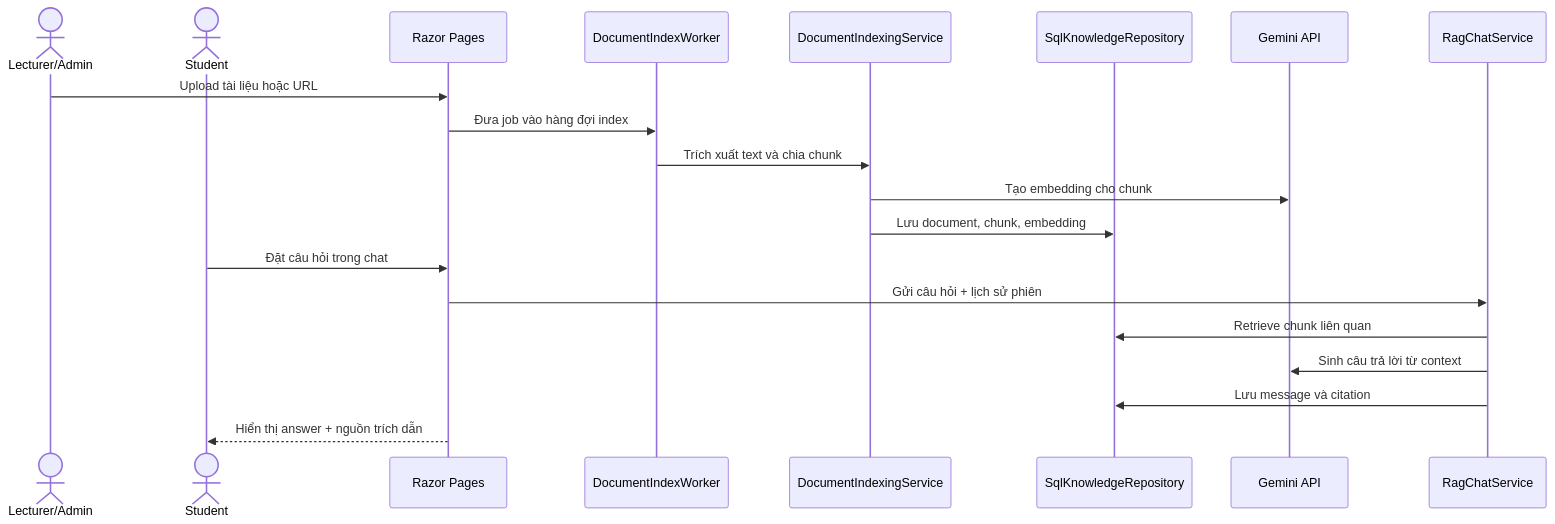
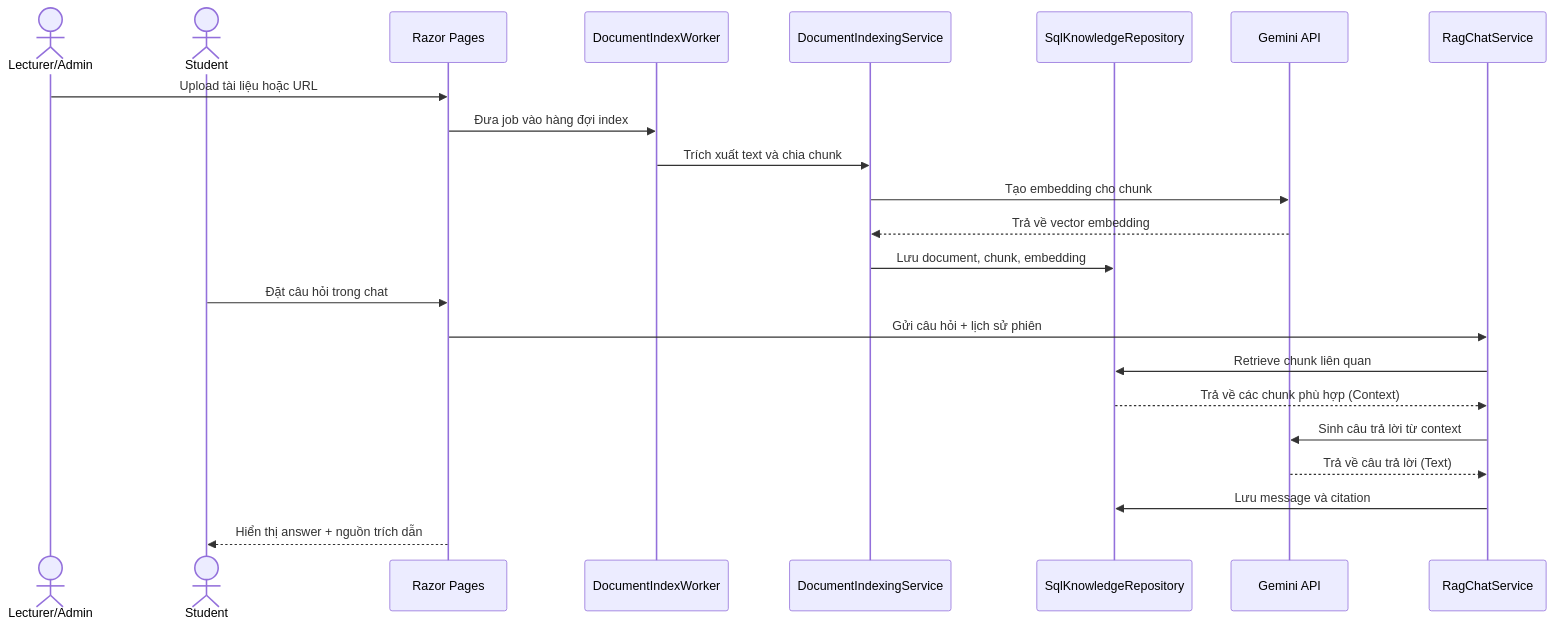
Before and after one commit to thanhduykx/Assignment2: the first of 4 diagrams in README.md, drawn with Mermaid.

````diff
--- a/README.md
+++ b/README.md
@@ -42,23 +42,35 @@
 ```mermaid
 sequenceDiagram
     actor Lecturer as Lecturer/Admin
     actor Student as Student
     participant UI as Razor Pages
     participant Worker as DocumentIndexWorker
     participant Indexing as DocumentIndexingService
     participant Repo as SqlKnowledgeRepository
     participant AI as Gemini API
     participant Chat as RagChatService
 
     Lecturer->>UI: Upload tài liệu hoặc URL
     UI->>Worker: Đưa job vào hàng đợi index
     Worker->>Indexing: Trích xuất text và chia chunk
+    
     Indexing->>AI: Tạo embedding cho chunk
+    %% Bổ sung trả về từ Gemini lúc tạo embedding
+    AI-->>Indexing: Trả về vector embedding 
+    
     Indexing->>Repo: Lưu document, chunk, embedding
+    
     Student->>UI: Đặt câu hỏi trong chat
     UI->>Chat: Gửi câu hỏi + lịch sử phiên
+    
     Chat->>Repo: Retrieve chunk liên quan
+    %% Bổ sung trả về từ Database lúc tìm ngữ cảnh
+    Repo-->>Chat: Trả về các chunk phù hợp (Context)
+    
     Chat->>AI: Sinh câu trả lời từ context
+    %% Bổ sung trả về từ Gemini lúc sinh câu trả lời
+    AI-->>Chat: Trả về câu trả lời (Text)
+    
     Chat->>Repo: Lưu message và citation
     UI-->>Student: Hiển thị answer + nguồn trích dẫn
 ```
````
